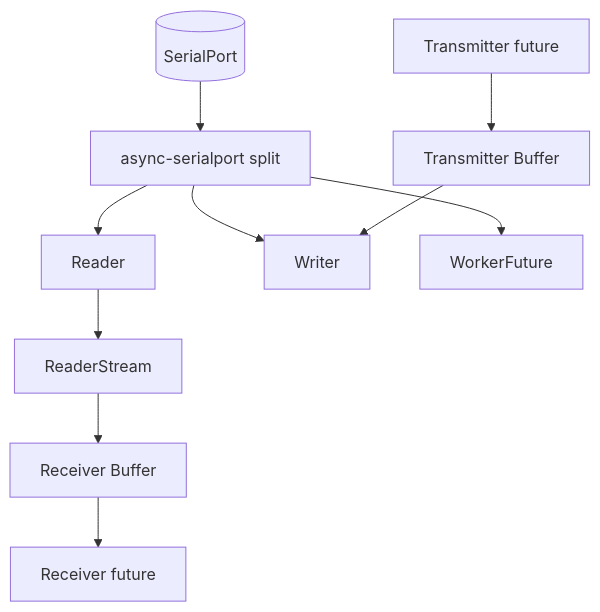
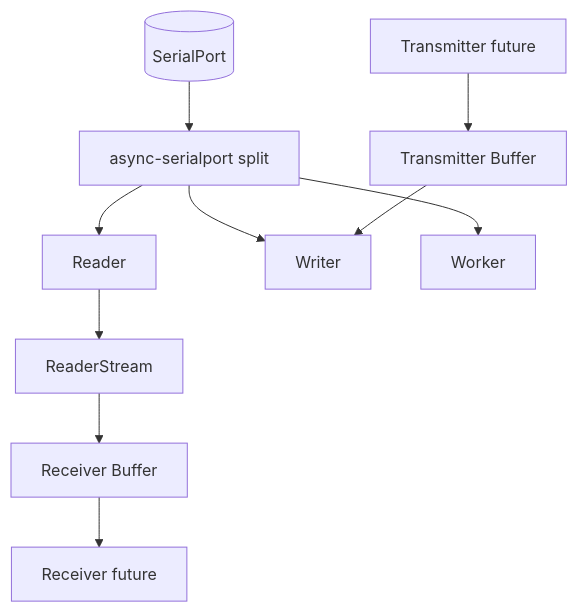
Before and after one commit to PaulmannLighting/ashv2: the fourth of 4 diagrams in ARCHITECTURE.md, drawn with Mermaid. The commit also changed other lines of this file and 4 other files, not shown here.

````diff
--- a/ARCHITECTURE.md
+++ b/ARCHITECTURE.md
@@ -152,23 +155,23 @@
 ```mermaid
 flowchart TD
     Port[(SerialPort)]
     Split[async-serialport split]
     Reader[Reader]
     Writer[Writer]
-    Worker[WorkerFuture]
+    Worker[Worker]
     Chunks[ReaderStream]
     RxBuffer[Receiver Buffer]
     TxBuffer[Transmitter Buffer]
     Receiver[Receiver future]
     Transmitter[Transmitter future]
 
     Port --> Split
     Split --> Reader
     Split --> Writer
     Split --> Worker
     Reader --> Chunks
     Chunks --> RxBuffer
     RxBuffer --> Receiver
     Transmitter --> TxBuffer
     TxBuffer --> Writer
 ```
````
